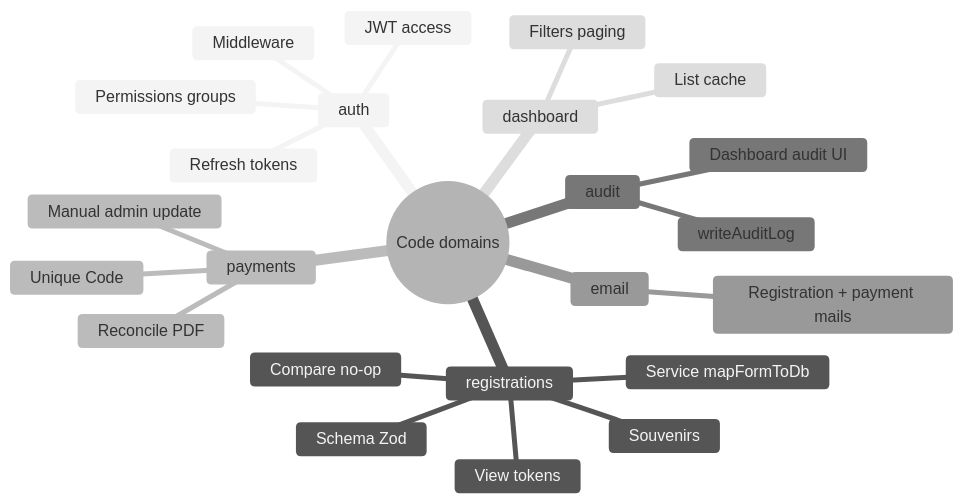
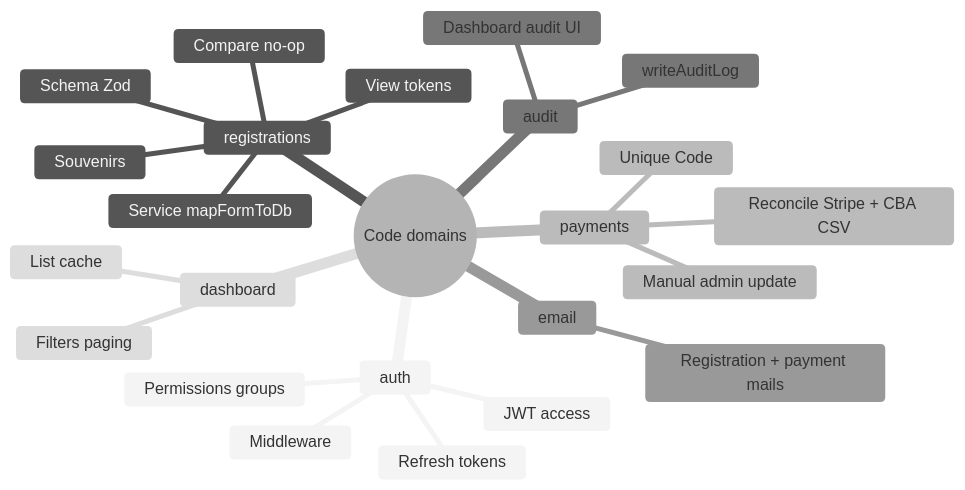
One commit to dotnetmike/CFCA_Registration changed the third of 4 diagrams in docs/architecture/overview.md. Above: the diagram before and after it, drawn with Mermaid (neutral theme). The commit also changed other lines of this file and 58 other files, not shown here.

````diff
--- a/docs/architecture/overview.md
+++ b/docs/architecture/overview.md
@@ -54,27 +54,27 @@
 ```mermaid
 mindmap
   root((Code domains))
     auth
       JWT access
       Refresh tokens
       Permissions groups
       Middleware
     registrations
       Schema Zod
       Service mapFormToDb
       Compare no-op
       Souvenirs
       View tokens
     payments
       Unique Code
-      Reconcile PDF
+      Reconcile Stripe + CBA CSV
       Manual admin update
     audit
       writeAuditLog
       Dashboard audit UI
     email
       Registration + payment mails
     dashboard
       List cache
       Filters paging
 ```
````
